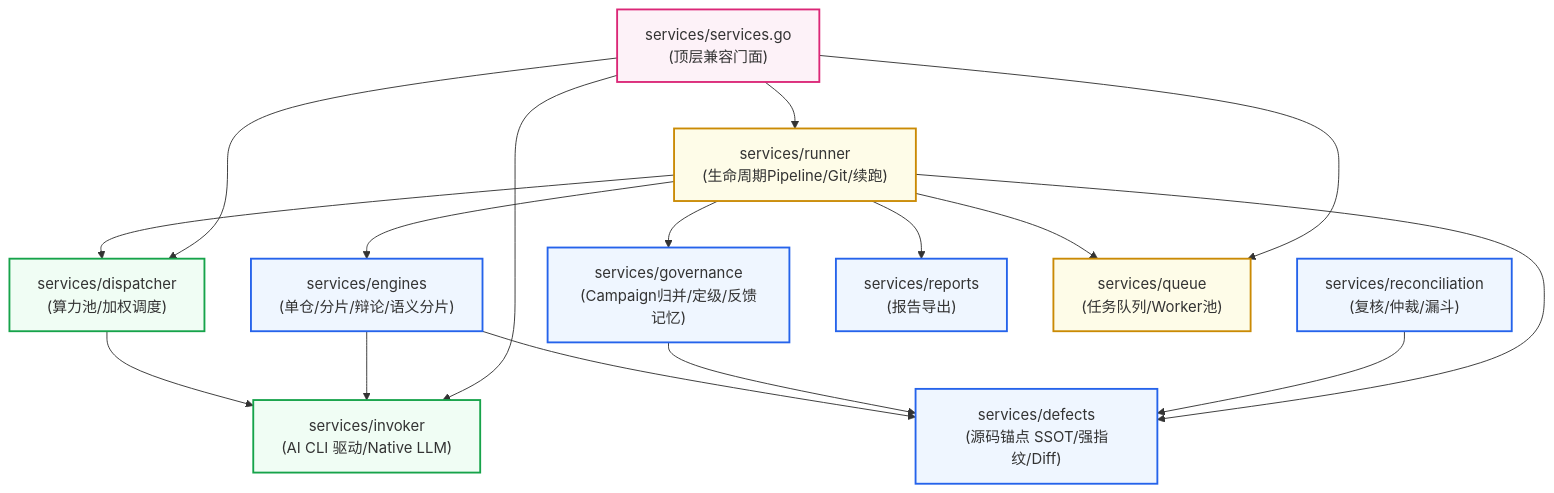
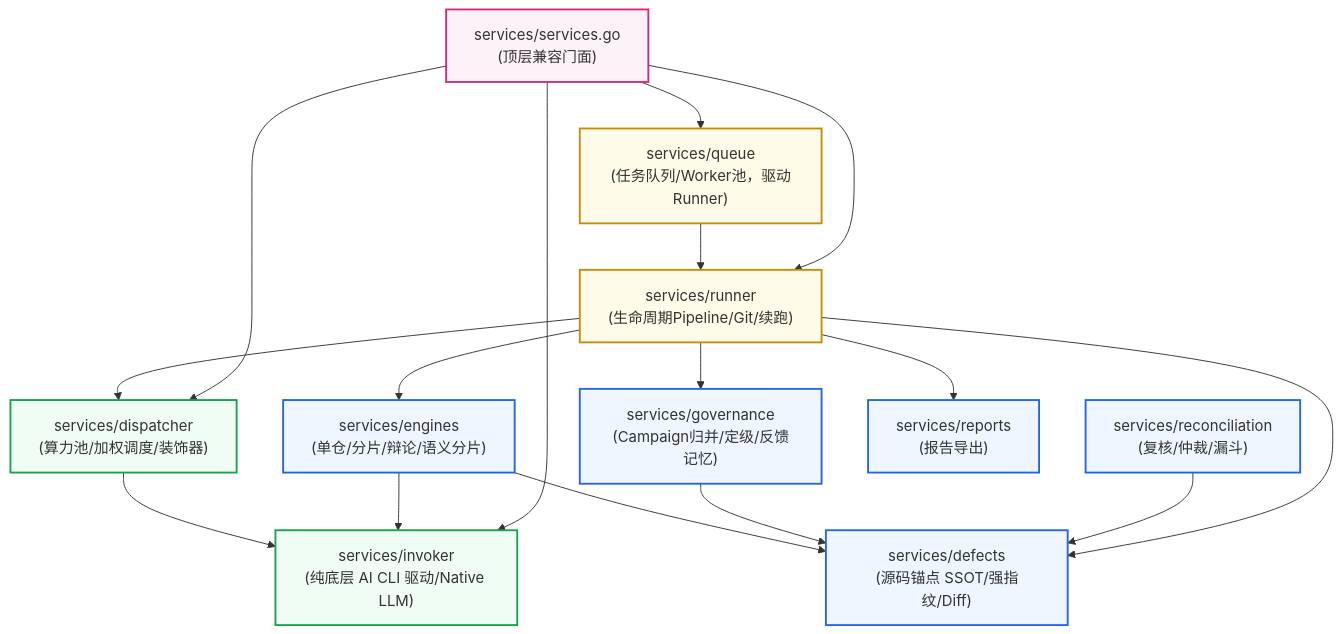
The first of 2 diagrams in docs/services-modular-architecture/02-Services领域驱动子包化重构设计与契约规范.md (fugui/code-shield), drawn with Mermaid before and after one commit. The commit also changed other lines of this file and 4 other files, not shown here.

````diff
--- a/docs/services-modular-architecture/02-Services领域驱动子包化重构设计与契约规范.md
+++ b/docs/services-modular-architecture/02-Services领域驱动子包化重构设计与契约规范.md
@@ -95,35 +100,35 @@
 ```mermaid
 graph TD
     classDef infra fill:#f0fdf4,stroke:#16a34a,stroke-width:2px;
     classDef domain fill:#eff6ff,stroke:#2563eb,stroke-width:2px;
     classDef pipeline fill:#fefce8,stroke:#ca8a04,stroke-width:2px;
     classDef facade fill:#fdf2f8,stroke:#db2777,stroke-width:2px;
 
-    Invoker["services/invoker<br/>(AI CLI 驱动/Native LLM)"]:::infra
-    Dispatcher["services/dispatcher<br/>(算力池/加权调度)"]:::infra
+    Invoker["services/invoker<br/>(纯底层 AI CLI 驱动/Native LLM)"]:::infra
+    Dispatcher["services/dispatcher<br/>(算力池/加权调度/装饰器)"]:::infra
     Defects["services/defects<br/>(源码锚点 SSOT/强指纹/Diff)"]:::domain
     Engines["services/engines<br/>(单仓/分片/辩论/语义分片)"]:::domain
     Governance["services/governance<br/>(Campaign归并/定级/反馈记忆)"]:::domain
     Reconciliation["services/reconciliation<br/>(复核/仲裁/漏斗)"]:::domain
     Reports["services/reports<br/>(报告导出)"]:::domain
-    Queue["services/queue<br/>(任务队列/Worker池)"]:::pipeline
     Runner["services/runner<br/>(生命周期Pipeline/Git/续跑)"]:::pipeline
+    Queue["services/queue<br/>(任务队列/Worker池，驱动Runner)"]:::pipeline
     Facade["services/services.go<br/>(顶层兼容门面)"]:::facade
 
-    %% 依赖关系线
+    %% 单向依赖关系线 (绝对无环)
     Dispatcher --> Invoker
     Engines --> Invoker
     Engines --> Defects
     Governance --> Defects
     Reconciliation --> Defects
     Runner --> Engines
     Runner --> Governance
     Runner --> Defects
     Runner --> Dispatcher
-    Runner --> Queue
     Runner --> Reports
+    Queue --> Runner
     Facade --> Runner
     Facade --> Dispatcher
     Facade --> Queue
     Facade --> Invoker
 ```
````
